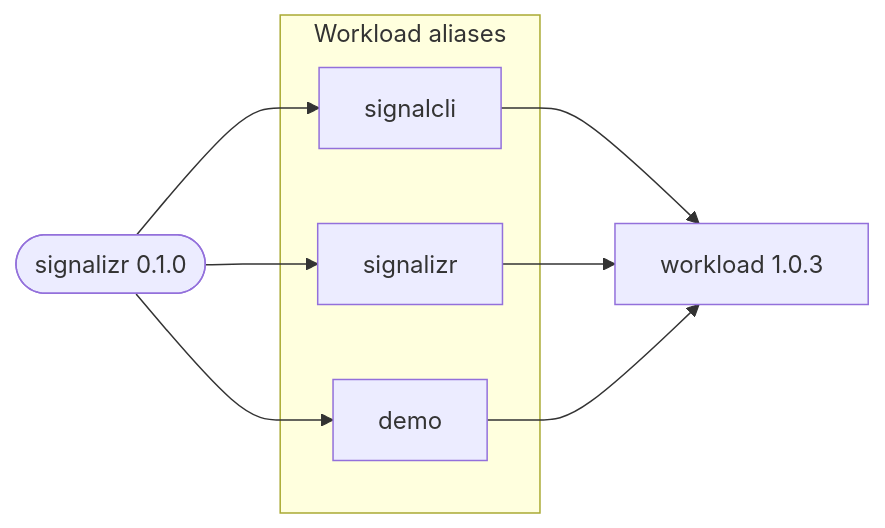
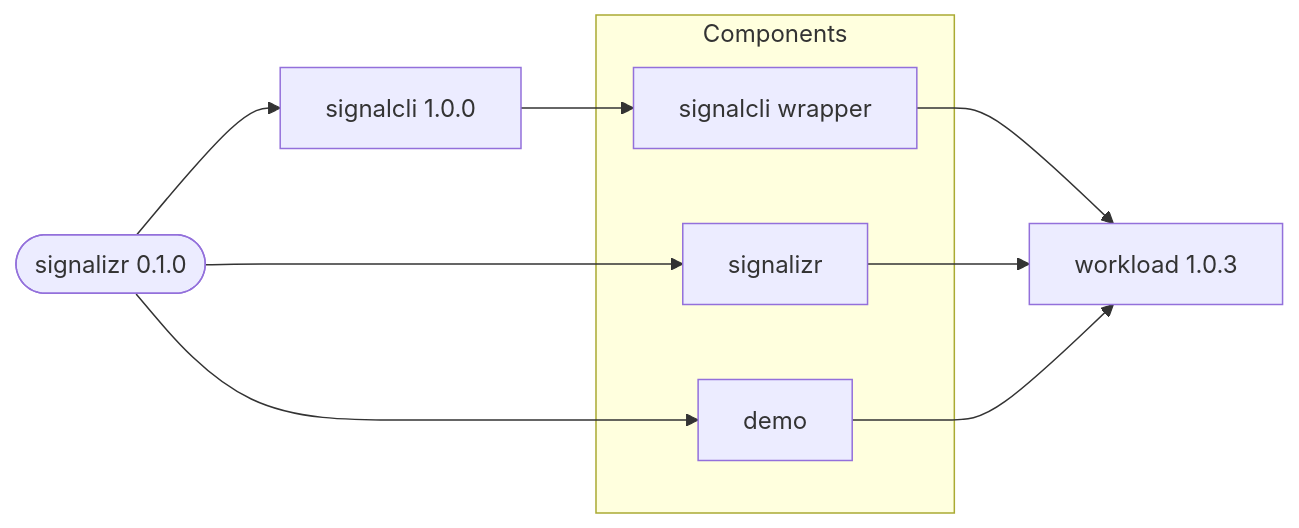
The diagram in charts/signalizr/README.md (f2calv/signalizr), drawn with Mermaid before and after one commit. The commit also changed other lines of this file and 5 other files, not shown here.

Commit message:
refactor(helm): consume the signalcli chart

````diff
--- a/charts/signalizr/README.md
+++ b/charts/signalizr/README.md
@@ -8,14 +9,16 @@
 ```mermaid
 graph LR
   SignalizrChart([signalizr 0.1.0])
+  SignalCliChart[signalcli 1.0.0]
   Workload[workload 1.0.3]
 
-  subgraph Aliases[Workload aliases]
-    SignalCli[signalcli]
+  subgraph Components[Components]
+    SignalCli[signalcli wrapper]
     Gateway[signalizr]
     Demo[demo]
   end
 
-  SignalizrChart --> SignalCli & Gateway & Demo
+  SignalizrChart --> SignalCliChart & Gateway & Demo
+  SignalCliChart --> SignalCli
   SignalCli & Gateway & Demo --> Workload
 ```
````
